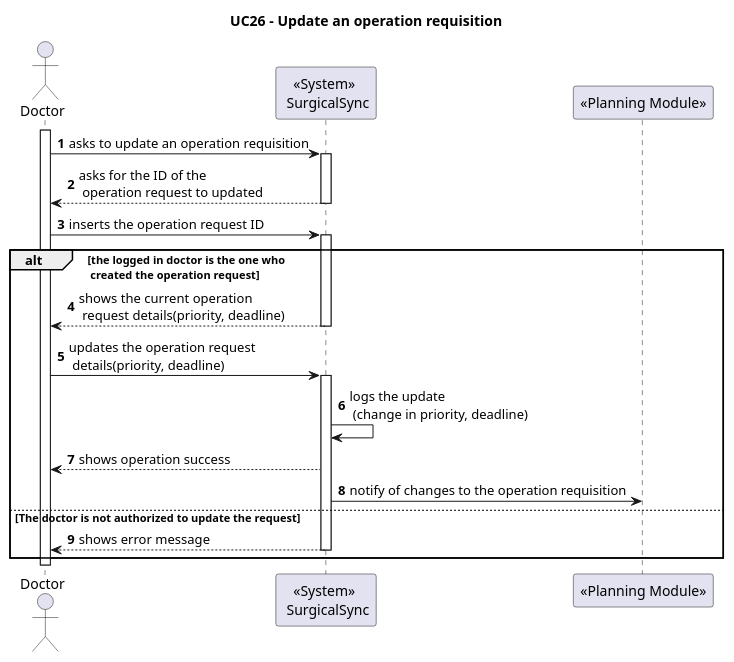
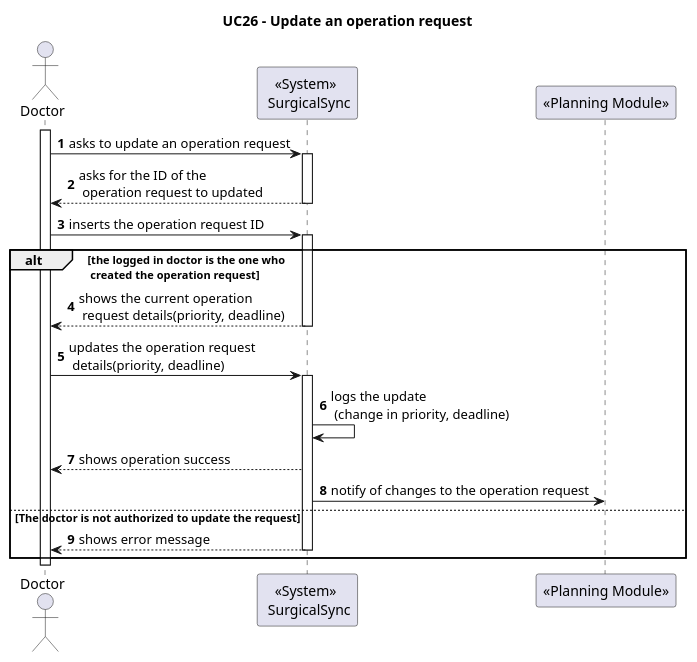
Before and after one commit to MiguelCardoso77/SurgicalSync-BackEnd: the diagram in Wiki/SprintA/diagrams/use-cases/26-update-an-operation-requisition/level1/process-view.puml, drawn with PlantUML. The commit also changed 12 other files, not shown here.

```diff
--- a/Wiki/SprintA/diagrams/use-cases/26-update-an-operation-requisition/level1/process-view.puml
+++ b/Wiki/SprintA/diagrams/use-cases/26-update-an-operation-requisition/level1/process-view.puml
@@ -1,50 +1,50 @@
 @startuml
 autonumber
 
-Title "UC26 - Update an operation requisition"
+Title "UC26 - Update an operation request"
 
 actor "Doctor" as D
 participant "<<System>> \n SurgicalSync" as SYSTEM
 participant "<<Planning Module>>" as PLANNING
 
 activate D
 
-D -> SYSTEM: asks to update an operation requisition
+D -> SYSTEM: asks to update an operation request
 
 activate SYSTEM
 
 SYSTEM --> D: asks for the ID of the \n operation request to updated
 
 deactivate SYSTEM
 
 D -> SYSTEM: inserts the operation request ID
 
 alt the logged in doctor is the one who \n created the operation request
 
 activate SYSTEM
 
 SYSTEM --> D: shows the current operation \n request details(priority, deadline)
 
 deactivate SYSTEM
 
 D -> SYSTEM : updates the operation request \n details(priority, deadline)
 
 activate SYSTEM
 
 SYSTEM -> SYSTEM: logs the update \n (change in priority, deadline)
 
 SYSTEM --> D: shows operation success
 
-SYSTEM -> PLANNING : notify of changes to the operation requisition
+SYSTEM -> PLANNING : notify of changes to the operation request
 
 else The doctor is not authorized to update the request
 
 SYSTEM --> D: shows error message 
 
 deactivate SYSTEM
 
 end
 
 deactivate D
 
 @enduml
```
